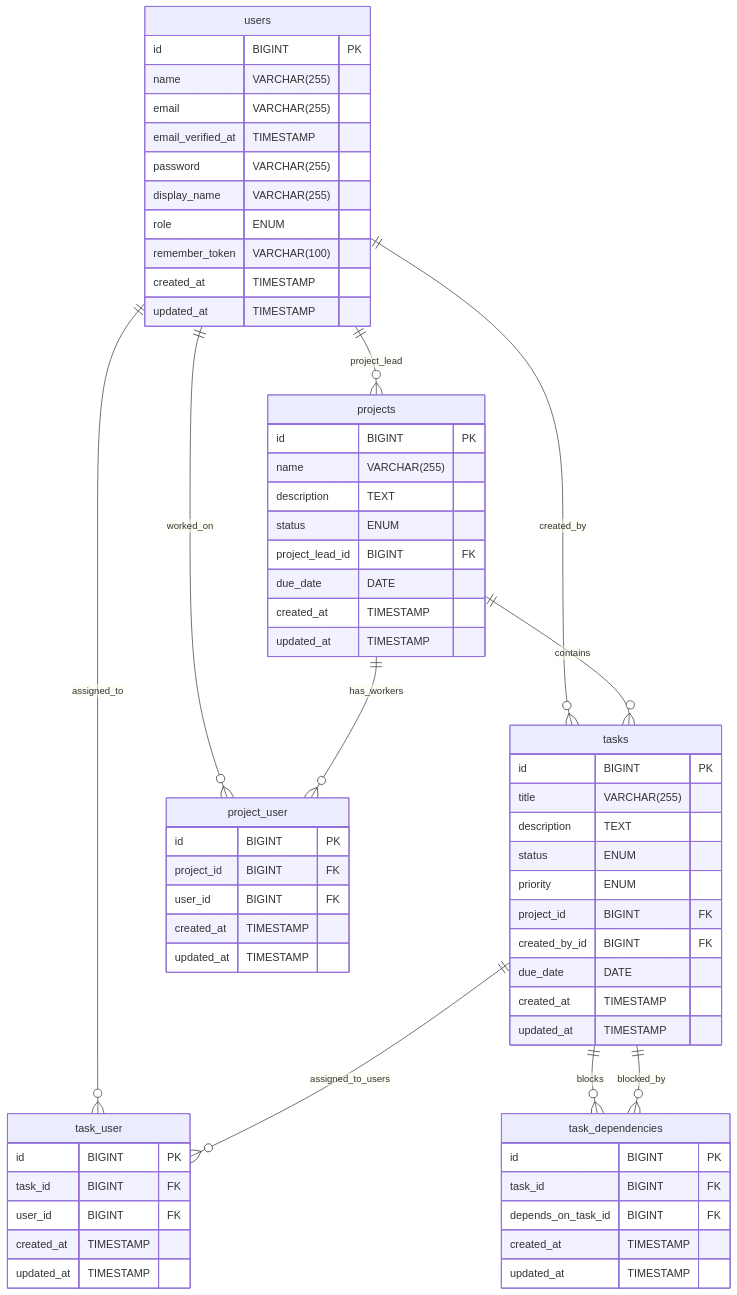
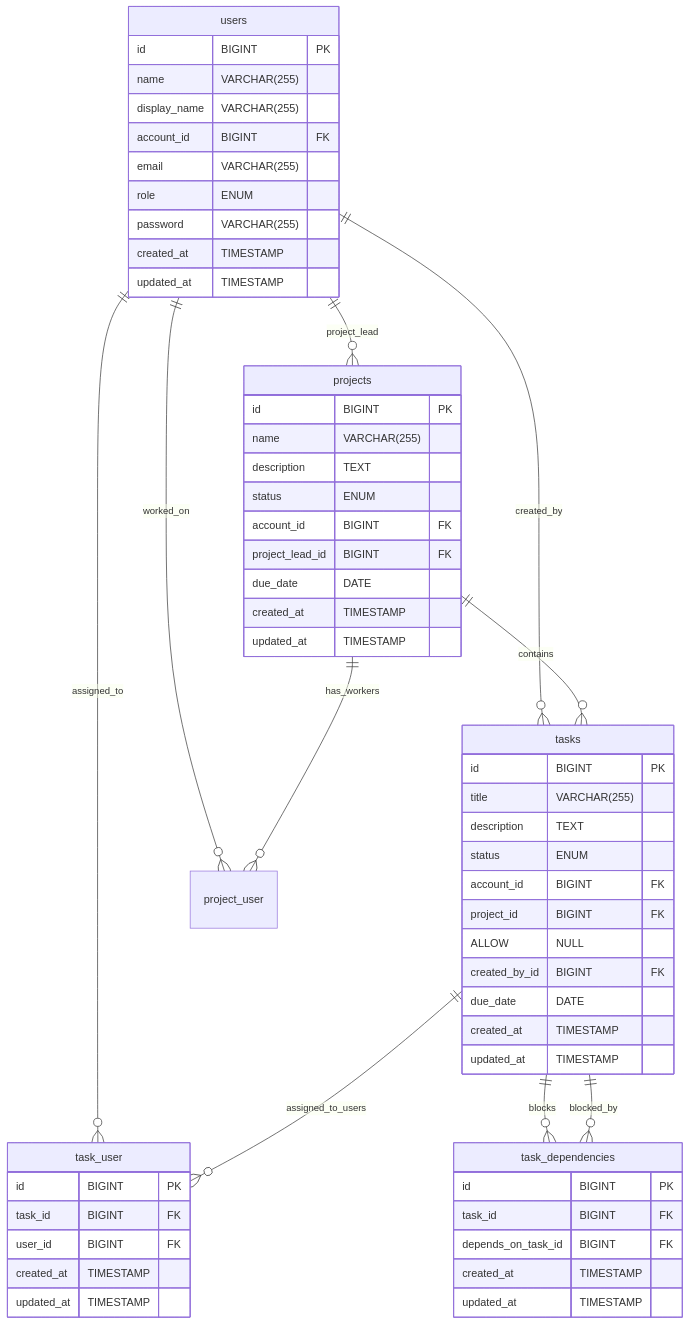
One commit to krc-coding/H6-Svendepr-ve changed the diagram in Documentation/ProductRepport.md. Above: the diagram before and after it, drawn with Mermaid.

````diff
--- a/Documentation/ProductRepport.md
+++ b/Documentation/ProductRepport.md
@@ -72,73 +72,65 @@
 ```mermaid
 erDiagram
     users {
         id BIGINT PK
         name VARCHAR(255)
+        display_name VARCHAR(255)
+        account_id BIGINT FK
         email VARCHAR(255)
-        email_verified_at TIMESTAMP
+        role ENUM
         password VARCHAR(255)
-        display_name VARCHAR(255)
-        role ENUM
-        remember_token VARCHAR(100)
         created_at TIMESTAMP
         updated_at TIMESTAMP
     }
 
     projects {
         id BIGINT PK
         name VARCHAR(255)
         description TEXT
         status ENUM
+        account_id BIGINT FK
         project_lead_id BIGINT FK
         due_date DATE
         created_at TIMESTAMP
         updated_at TIMESTAMP
     }
 
     tasks {
         id BIGINT PK
         title VARCHAR(255)
         description TEXT
         status ENUM
-        priority ENUM
-        project_id BIGINT FK
+        account_id BIGINT FK
+        project_id BIGINT FK ALLOW NULL
         created_by_id BIGINT FK
         due_date DATE
         created_at TIMESTAMP
         updated_at TIMESTAMP
     }
 
     task_user {
         id BIGINT PK
         task_id BIGINT FK
-        user_id BIGINT FK
-        created_at TIMESTAMP
-        updated_at TIMESTAMP
-    }
-
-    project_user {
-        id BIGINT PK
-        project_id BIGINT FK
         user_id BIGINT FK
         created_at TIMESTAMP
         updated_at TIMESTAMP
     }
 
     task_dependencies {
         id BIGINT PK
         task_id BIGINT FK
         depends_on_task_id BIGINT FK
         created_at TIMESTAMP
         updated_at TIMESTAMP
     }
 
     users ||--o{ projects: "project_lead"
     users ||--o{ tasks: "created_by"
     users ||--o{ task_user: "assigned_to"
     users ||--o{ project_user: "worked_on"
     projects ||--o{ tasks: "contains"
     projects ||--o{ project_user: "has_workers"
     tasks ||--o{ task_user: "assigned_to_users"
     tasks ||--o{ task_dependencies: "blocks"
     tasks ||--o{ task_dependencies: "blocked_by"
 ```
````
